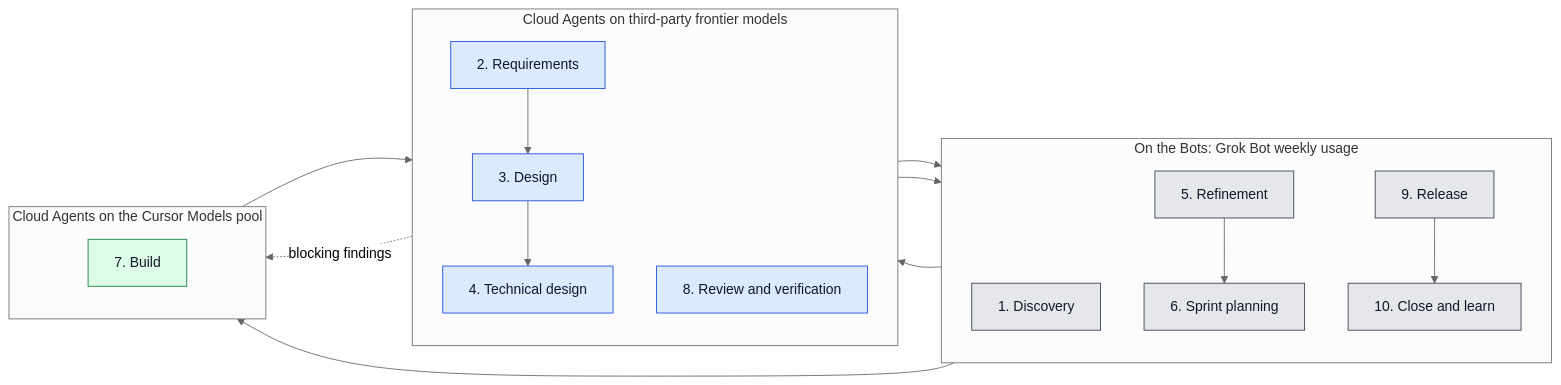
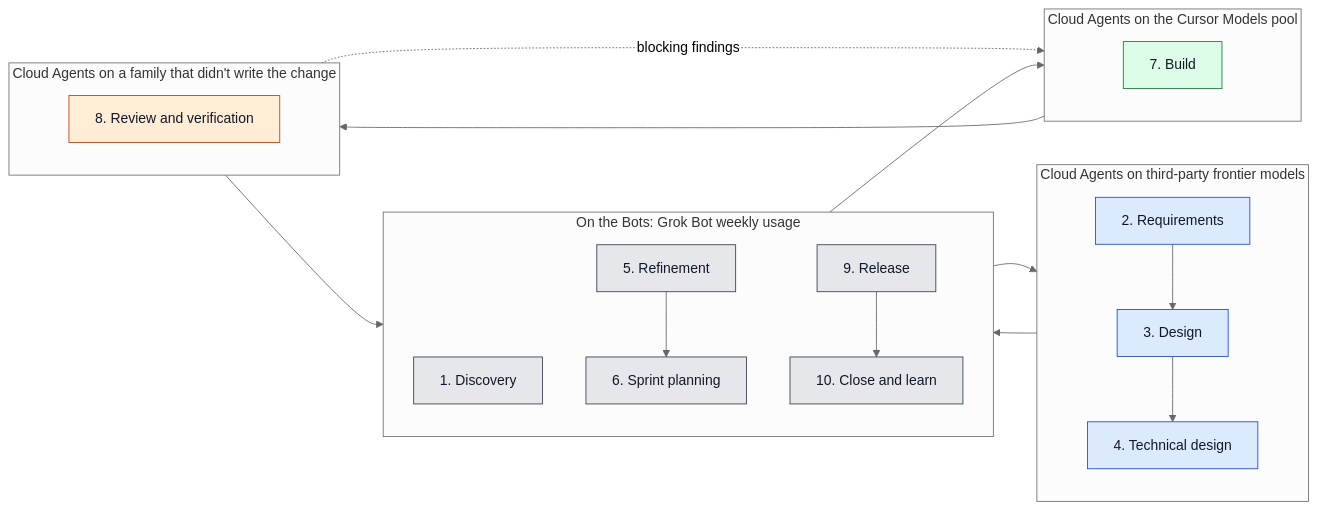
The second of 3 diagrams in README.md (sheepnir/GrokBot_DevFlow), drawn with Mermaid (neutral theme) before and after one commit. The commit also changed other lines of this file, not shown here.

First line of the commit message:
Address CTO review of the README charts

````diff
--- a/README.md
+++ b/README.md
@@ -118,30 +118,35 @@
 ```mermaid
 flowchart LR
     subgraph Bots["On the Bots: Grok Bot weekly usage"]
         direction TB
         S1["1. Discovery"]
         S5["5. Refinement"]
         S6["6. Sprint planning"]
         S9["9. Release"]
         S10["10. Close and learn"]
     end
     subgraph Frontier["Cloud Agents on third-party frontier models"]
         direction TB
         S2["2. Requirements"]
         S3["3. Design"]
         S4["4. Technical design"]
-        S8["8. Review and verification"]
     end
     subgraph Cursor["Cloud Agents on the Cursor Models pool"]
         direction TB
         S7["7. Build"]
+    end
+    subgraph Checks["Cloud Agents on a family that didn't write the change"]
+        direction TB
+        S8["8. Review and verification"]
     end
     S1 --> S2 --> S3 --> S4 --> S5 --> S6 --> S7 --> S8 --> S9 --> S10
     S8 -. blocking findings .-> S7
     classDef bots fill:#e5e7eb,stroke:#374151,color:#111827
     classDef frontier fill:#dbeafe,stroke:#1d4ed8,color:#111827
     classDef cursor fill:#dcfce7,stroke:#15803d,color:#111827
+    classDef checks fill:#ffedd5,stroke:#c2410c,color:#111827
     class S1,S5,S6,S9,S10 bots
-    class S2,S3,S4,S8 frontier
+    class S2,S3,S4 frontier
     class S7 cursor
+    class S8 checks
 ```
````
